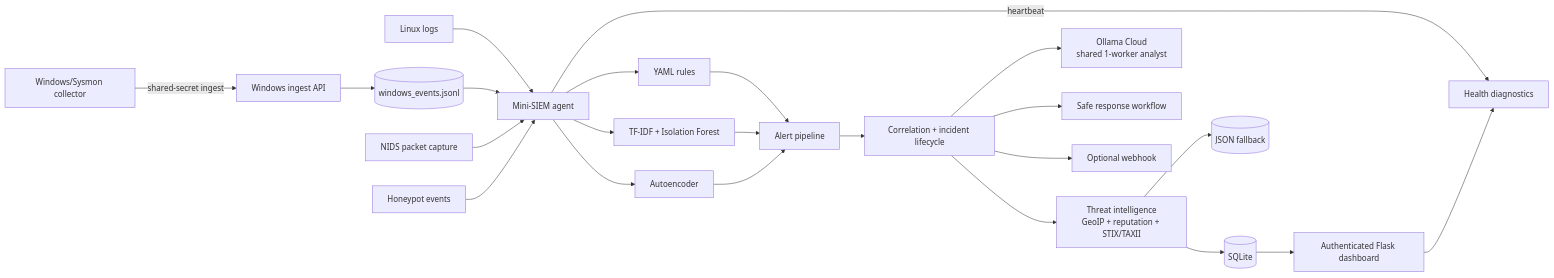
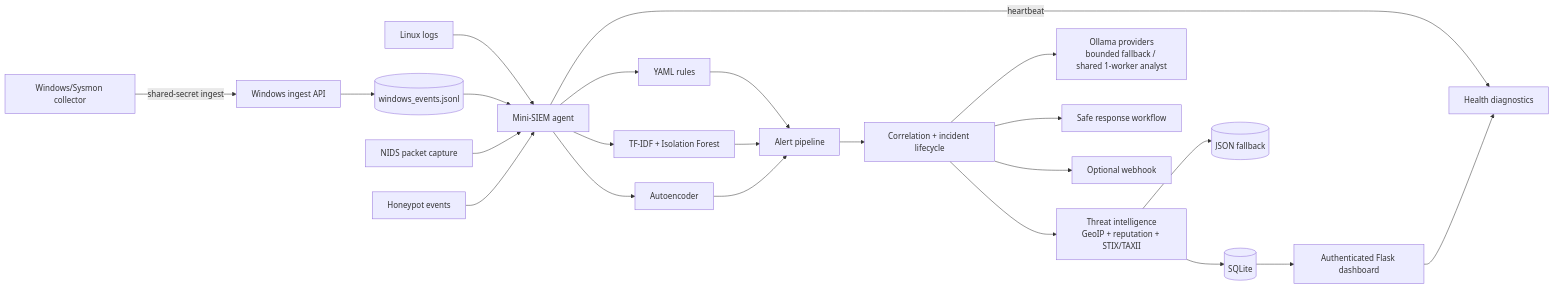
The diagram in README.md (zenniskayy2k4/Mini-SIEM), drawn with Mermaid before and after one commit. The commit also changed other lines of this file and 8 other files, not shown here.

Commit message:
feat: add bounded AI provider fallback

````diff
--- a/README.md
+++ b/README.md
@@ -34,28 +34,28 @@
 ```mermaid
 flowchart LR
     Linux[Linux logs] --> Agent[Mini-SIEM agent]
     Windows[Windows/Sysmon collector] -->|shared-secret ingest| Ingest[Windows ingest API]
     Ingest --> WinFile[(windows_events.jsonl)]
     WinFile --> Agent
     NIDS[NIDS packet capture] --> Agent
     Honey[Honeypot events] --> Agent
 
     Agent --> Rules[YAML rules]
     Agent --> NLP[TF-IDF + Isolation Forest]
     Agent --> AE[Autoencoder]
     Rules --> Pipeline[Alert pipeline]
     NLP --> Pipeline
     AE --> Pipeline
 
     Pipeline --> Correlation[Correlation + incident lifecycle]
     Correlation --> TI["Threat intelligence<br/>GeoIP + reputation + STIX/TAXII"]
     TI --> SQLite[(SQLite)]
     TI --> JSON[(JSON fallback)]
-    Correlation --> AI["Ollama Cloud<br/>shared 1-worker analyst"]
+    Correlation --> AI["Ollama providers<br/>bounded fallback / shared 1-worker analyst"]
     Correlation --> Response[Safe response workflow]
     Correlation --> Webhook[Optional webhook]
 
     SQLite --> UI[Authenticated Flask dashboard]
     Agent -->|heartbeat| Health[Health diagnostics]
     UI --> Health
 ```
````
